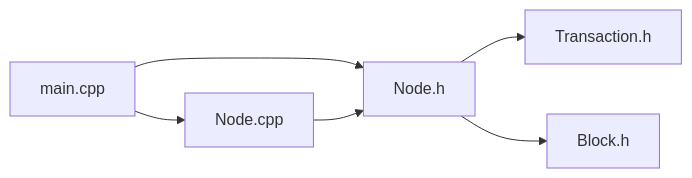
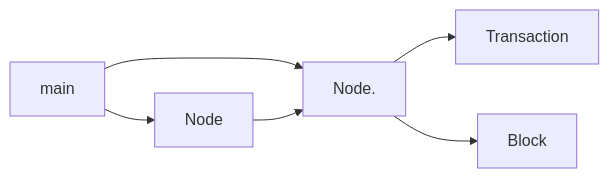
Before and after one commit to floor-licker/B-wbsft: the diagram in README.md, drawn with Mermaid.

````diff
--- a/README.md
+++ b/README.md
@@ -14,8 +14,8 @@
 ```mermaid
 graph LR
-    A["main.cpp"] --> B["Node.h"]
-    A --> C["Node.cpp"]
-    B --> D["Transaction.h"]
-    B --> E["Block.h"]
+    A["main"] --> B["Node."]
+    A --> C["Node"]
+    B --> D["Transaction"]
+    B --> E["Block"]
     C --> B
 ```
````
